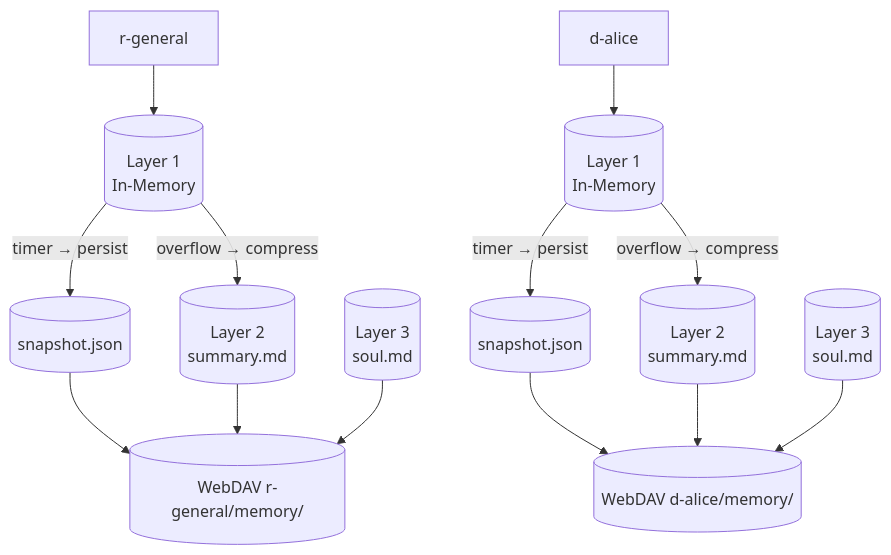
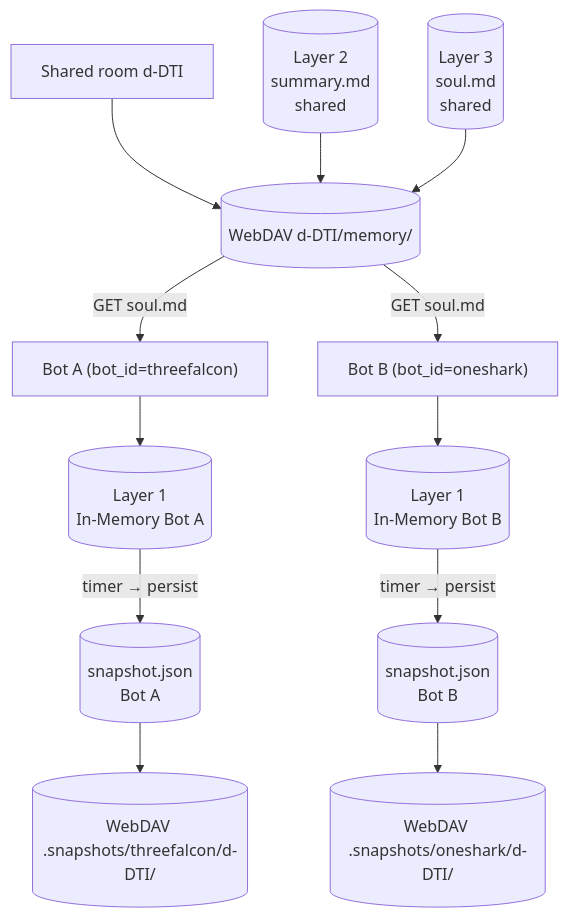
The sixth of 6 diagrams in _dfd/memory/memory.md (cosmoswafer/rockbot), drawn with Mermaid before and after one commit. The commit also changed other lines of this file and 7 other files, not shown here.

First line of the commit message:
snapshot isolation: per-bot snapshot.json under configurable prefix, bot_id on AgentHarness, DFD updates

````diff
--- a/_dfd/memory/memory.md
+++ b/_dfd/memory/memory.md
@@ -216,28 +225,27 @@
 ```mermaid
 flowchart TD
-    ROOM_A["r-general"]
-    ROOM_B["d-alice"]
-    DAV_A[(WebDAV r-general/memory/)]
-    DAV_B[(WebDAV d-alice/memory/)]
-    L1_A[(Layer 1<br/>In-Memory)]
-    L1_B[(Layer 1<br/>In-Memory)]
-    SNAP_A[(snapshot.json)]
-    SNAP_B[(snapshot.json)]
-    L2_A[(Layer 2<br/>summary.md)]
-    L2_B[(Layer 2<br/>summary.md)]
-    L3_A[(Layer 3<br/>soul.md)]
-    L3_B[(Layer 3<br/>soul.md)]
+    BOT_A["Bot A (bot_id=threefalcon)"]
+    BOT_B["Bot B (bot_id=oneshark)"]
+    ROOM["Shared room d-DTI"]
+    DAV_ROOM[(WebDAV d-DTI/memory/)]
+    DAV_SNAP_A[(WebDAV .snapshots/threefalcon/d-DTI/)]
+    DAV_SNAP_B[(WebDAV .snapshots/oneshark/d-DTI/)]
+    L1_A[(Layer 1<br/>In-Memory Bot A)]
+    L1_B[(Layer 1<br/>In-Memory Bot B)]
+    SNAP_A[(snapshot.json<br/>Bot A)]
+    SNAP_B[(snapshot.json<br/>Bot B)]
+    L2[(Layer 2<br/>summary.md<br/>shared)]
+    L3[(Layer 3<br/>soul.md<br/>shared)]
 
-    ROOM_A --> L1_A
-    ROOM_B --> L1_B
-    L1_A -->|"overflow → compress"| L2_A
-    L1_B -->|"overflow → compress"| L2_B
+    BOT_A --> L1_A
+    BOT_B --> L1_B
+    ROOM --> DAV_ROOM
     L1_A -->|"timer → persist"| SNAP_A
     L1_B -->|"timer → persist"| SNAP_B
-    SNAP_A --> DAV_A
-    SNAP_B --> DAV_B
-    L2_A --> DAV_A
-    L2_B --> DAV_B
-    L3_A --> DAV_A
-    L3_B --> DAV_B
+    SNAP_A --> DAV_SNAP_A
+    SNAP_B --> DAV_SNAP_B
+    L2 --> DAV_ROOM
+    L3 --> DAV_ROOM
+    DAV_ROOM -->|"GET soul.md"| BOT_A
+    DAV_ROOM -->|"GET soul.md"| BOT_B
 ```
````
